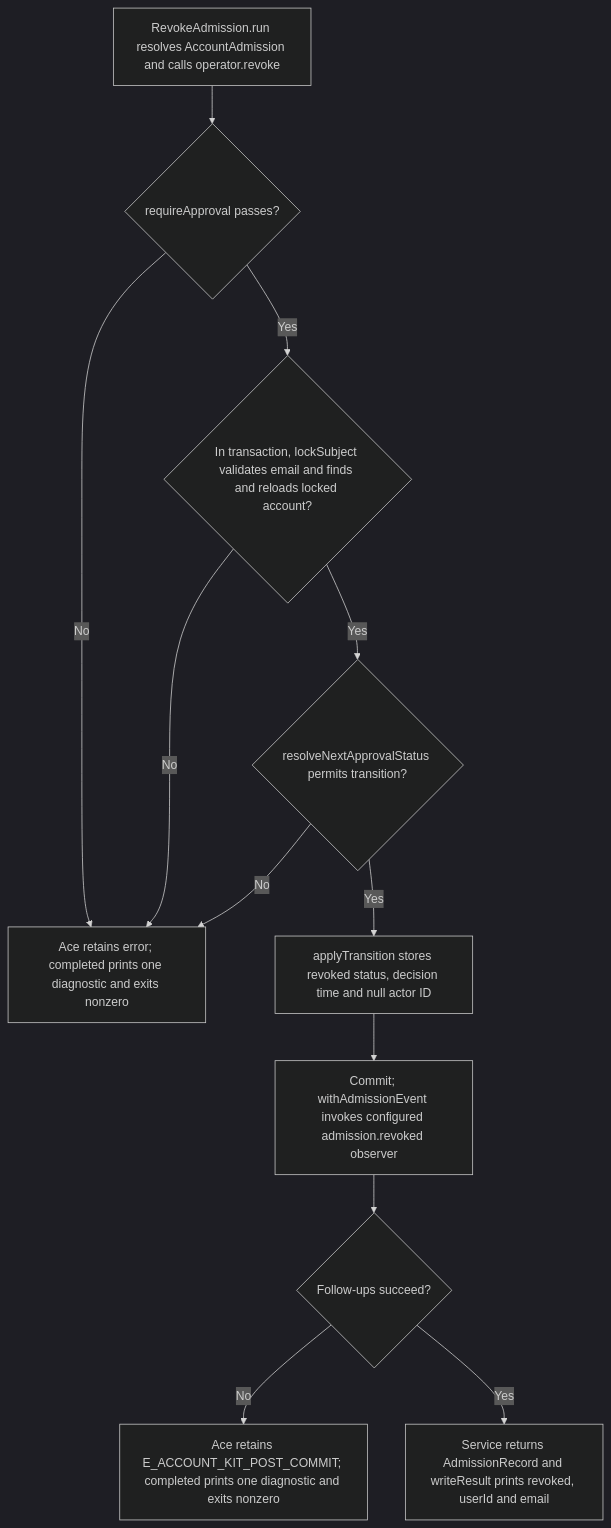
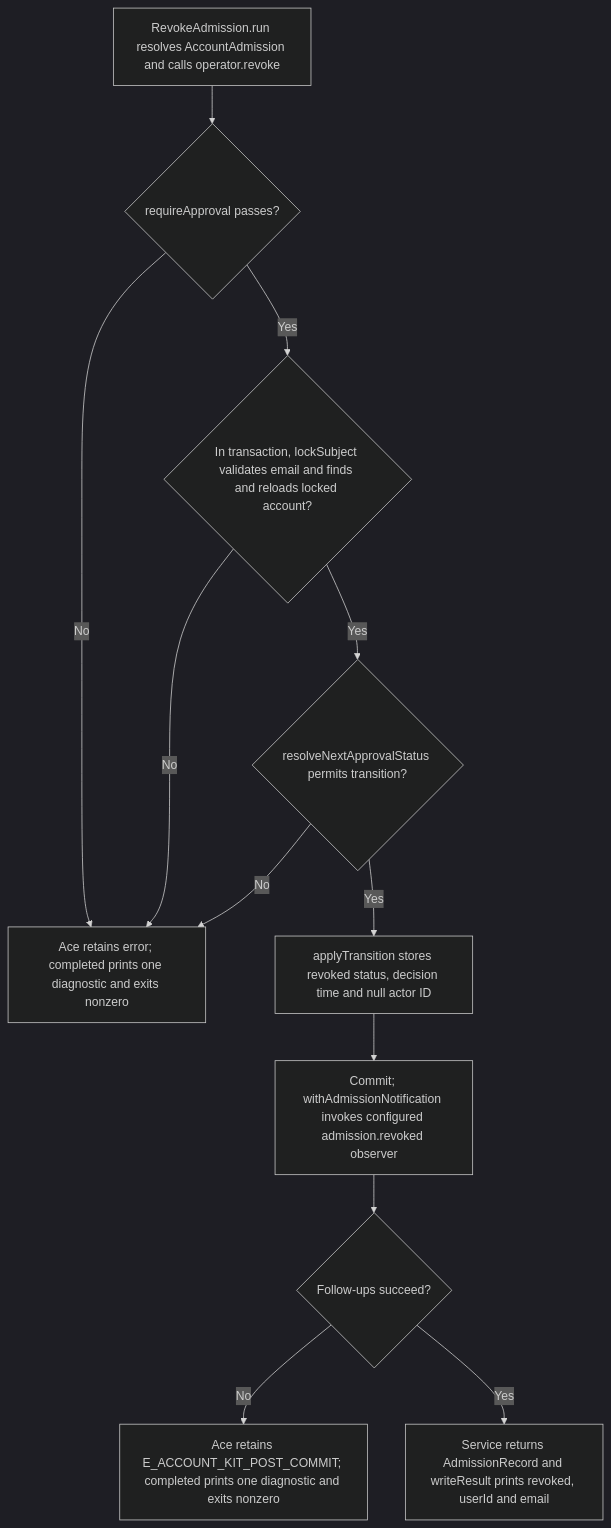
One commit to Kevinjohn/oss-adonisjs-account-kit changed the second of 2 diagrams in user-stories/US-ACCOUNT-50-revoke-admission-as-operator.md. Above: the diagram before and after it, drawn with Mermaid (dark theme). The commit also changed 16 other files, not shown here.

````diff
--- a/user-stories/US-ACCOUNT-50-revoke-admission-as-operator.md
+++ b/user-stories/US-ACCOUNT-50-revoke-admission-as-operator.md
@@ -35,14 +35,14 @@
 ```mermaid
 flowchart TD
  A["RevokeAdmission.run resolves AccountAdmission and calls operator.revoke"] --> B{"requireApproval passes?"}
  B -->|No| X["Ace retains error; completed prints one diagnostic and exits nonzero"]
  B -->|Yes| C{"In transaction, lockSubject validates email and finds and reloads locked account?"}
  C -->|No| X
  C -->|Yes| D{"resolveNextApprovalStatus permits transition?"}
  D -->|No| X
  D -->|Yes| E["applyTransition stores revoked status, decision time and null actor ID"]
- E --> F["Commit; withAdmissionEvent invokes configured admission.revoked observer"]
+ E --> F["Commit; withAdmissionNotification invokes configured admission.revoked observer"]
  F --> G{"Follow-ups succeed?"}
  G -->|No| H["Ace retains E_ACCOUNT_KIT_POST_COMMIT; completed prints one diagnostic and exits nonzero"]
  G -->|Yes| I["Service returns AdmissionRecord and writeResult prints revoked, userId and email"]
 ```
````
